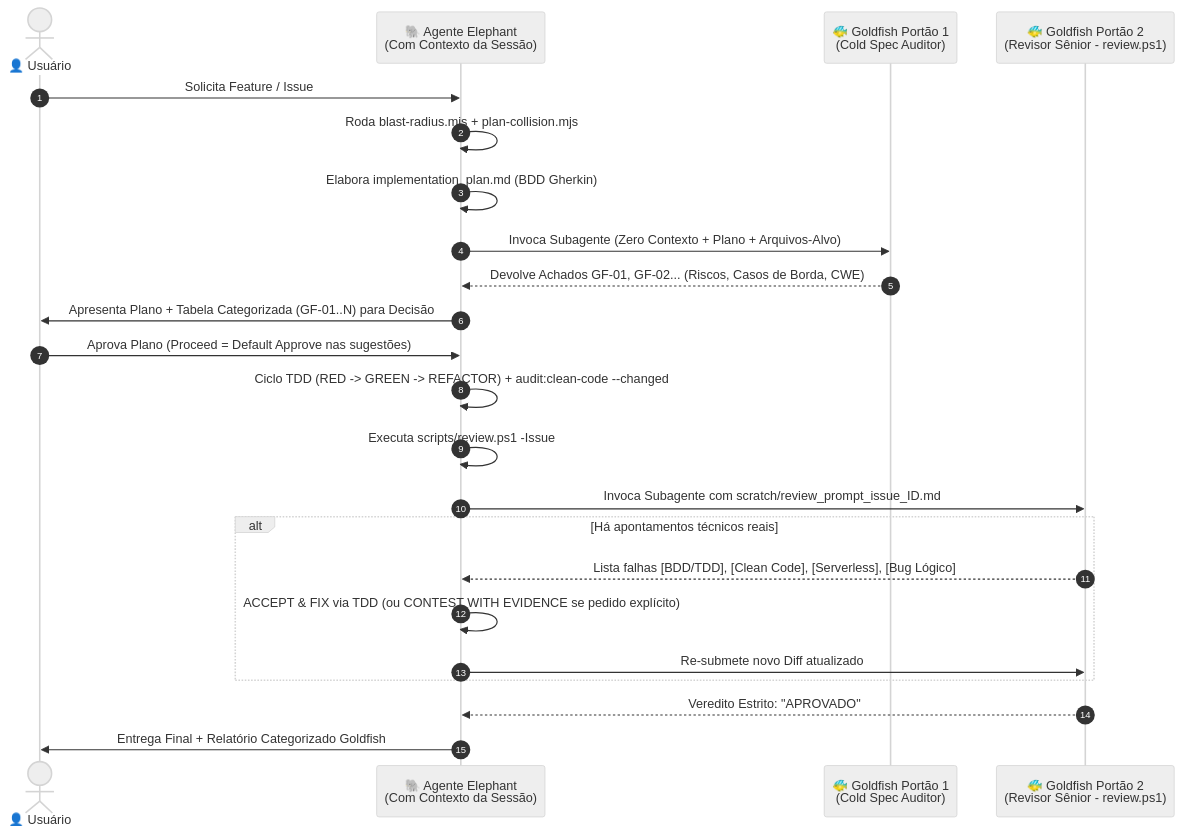
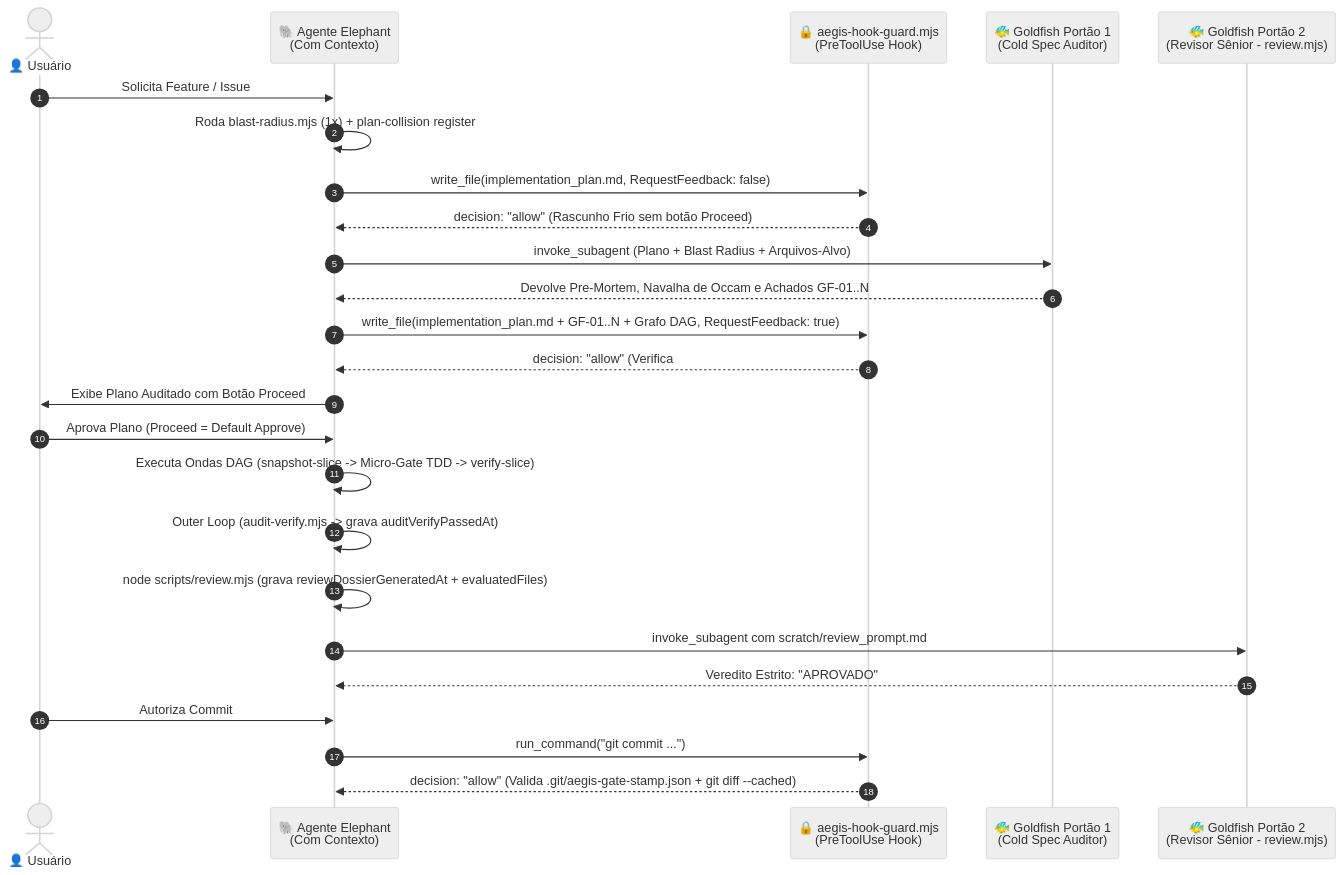
One commit to raphaelbalbinot/aegis-harness changed the second of 2 diagrams in docs/APRESENTACAO_HARNESS_ENGENHARIA.md. Above: the diagram before and after it, drawn with Mermaid (neutral theme). The commit also changed other lines of this file and 4 other files, not shown here.

````diff
--- a/docs/APRESENTACAO_HARNESS_ENGENHARIA.md
+++ b/docs/APRESENTACAO_HARNESS_ENGENHARIA.md
@@ -108,26 +81,28 @@
 ```mermaid
 sequenceDiagram
     autonumber
     actor U as 👤 Usuário
-    participant E as 🐘 Agente Elephant<br/>(Com Contexto da Sessão)
+    participant E as 🐘 Agente Elephant<br/>(Com Contexto)
+    participant H as 🔒 aegis-hook-guard.mjs<br/>(PreToolUse Hook)
     participant G1 as 🐠 Goldfish Portão 1<br/>(Cold Spec Auditor)
-    participant G2 as 🐠 Goldfish Portão 2<br/>(Revisor Sênior - review.ps1)
+    participant G2 as 🐠 Goldfish Portão 2<br/>(Revisor Sênior - review.mjs)
 
     U->>E: Solicita Feature / Issue #ID
-    E->>E: Roda blast-radius.mjs + plan-collision.mjs
-    E->>E: Elabora implementation_plan.md (BDD Gherkin)
-    E->>G1: Invoca Subagente (Zero Contexto + Plano + Arquivos-Alvo)
-    G1-->>E: Devolve Achados GF-01, GF-02... (Riscos, Casos de Borda, CWE)
-    E->>U: Apresenta Plano + Tabela Categorizada (GF-01..N) para Decisão
-    U->>E: Aprova Plano (Proceed = Default Approve nas sugestões)
-    E->>E: Ciclo TDD (RED -> GREEN -> REFACTOR) + audit:clean-code --changed
-    E->>E: Executa scripts/review.ps1 -Issue #ID -Files "..."
-    E->>G2: Invoca Subagente com scratch/review_prompt_issue_ID.md
-    alt Há apontamentos técnicos reais
-        G2-->>E: Lista falhas [BDD/TDD], [Clean Code], [Serverless], [Bug Lógico]
-        E->>E: ACCEPT & FIX via TDD (ou CONTEST WITH EVIDENCE se pedido explícito)
-        E->>G2: Re-submete novo Diff atualizado
-    end
+    E->>E: Roda blast-radius.mjs (1x) + plan-collision register
+    E->>H: write_file(implementation_plan.md, RequestFeedback: false)
+    H-->>E: decision: "allow" (Rascunho Frio sem botão Proceed)
+    E->>G1: invoke_subagent (Plano + Blast Radius + Arquivos-Alvo)
+    G1-->>E: Devolve Pre-Mortem, Navalha de Occam e Achados GF-01..N
+    E->>H: write_file(implementation_plan.md + GF-01..N + Grafo DAG, RequestFeedback: true)
+    H-->>E: decision: "allow" (Verifica ## 🐠 Relatório Cold Spec Review + GF-01)
+    E->>U: Exibe Plano Auditado com Botão Proceed
+    U->>E: Aprova Plano (Proceed = Default Approve)
+    E->>E: Executa Ondas DAG (snapshot-slice -> Micro-Gate TDD -> verify-slice)
+    E->>E: Outer Loop (audit-verify.mjs -> grava auditVerifyPassedAt)
+    E->>E: node scripts/review.mjs (grava reviewDossierGeneratedAt + evaluatedFiles)
+    E->>G2: invoke_subagent com scratch/review_prompt.md
     G2-->>E: Veredito Estrito: "APROVADO"
-    E->>U: Entrega Final + Relatório Categorizado Goldfish
+    U->>E: Autoriza Commit
+    E->>H: run_command("git commit ...")
+    H-->>E: decision: "allow" (Valida .git/aegis-gate-stamp.json + git diff --cached)
 ```
````
